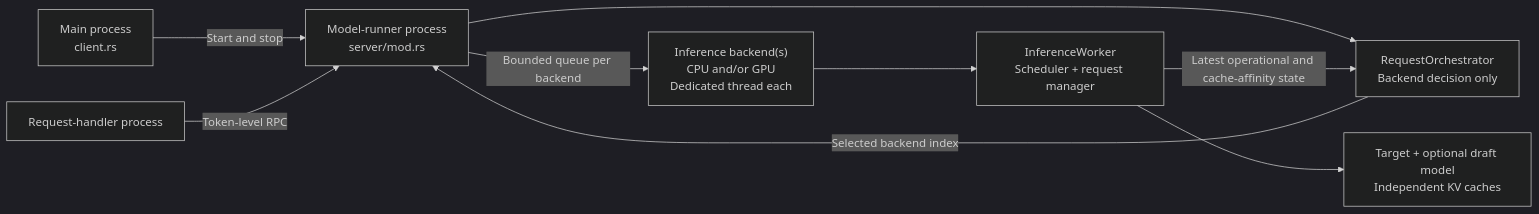
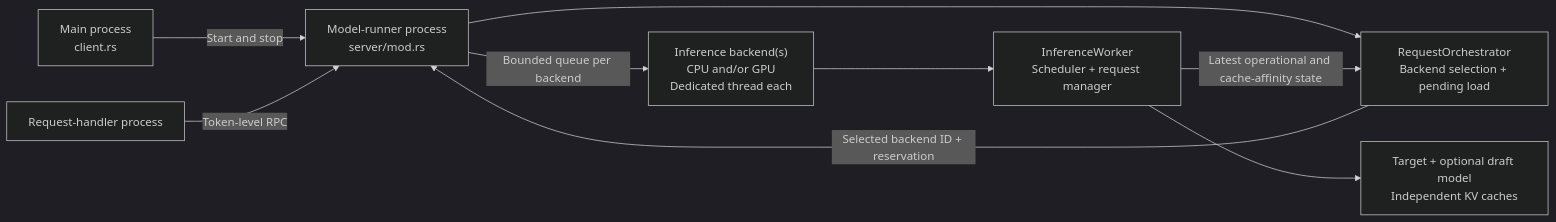
Before and after one commit to lun0522/mini-vllm-rs: the first of 2 diagrams in src/model_runner/README.md, drawn with Mermaid (dark theme). The commit also changed other lines of this file and 6 other files, not shown here.

````diff
--- a/src/model_runner/README.md
+++ b/src/model_runner/README.md
@@ -9,12 +9,12 @@
 ```mermaid
 flowchart LR
     Main["Main process<br/>client.rs"] -->|Start and stop| Rpc["Model-runner process<br/>server/mod.rs"]
     Handler[Request-handler process] -->|Token-level RPC| Rpc
 
-    Rpc --> Orchestrator["RequestOrchestrator<br/>Backend decision only"]
-    Orchestrator -->|Selected backend index| Rpc
+    Rpc --> Orchestrator["RequestOrchestrator<br/>Backend selection + pending load"]
+    Orchestrator -->|Selected backend ID + reservation| Rpc
     Rpc -->|Bounded queue per backend| Backends["Inference backend(s)<br/>CPU and/or GPU<br/>Dedicated thread each"]
     Backends --> Worker["InferenceWorker<br/>Scheduler + request manager"]
     Worker -->|Latest operational and cache-affinity state| Orchestrator
     Worker --> Models["Target + optional draft model<br/>Independent KV caches"]
 ```
````
